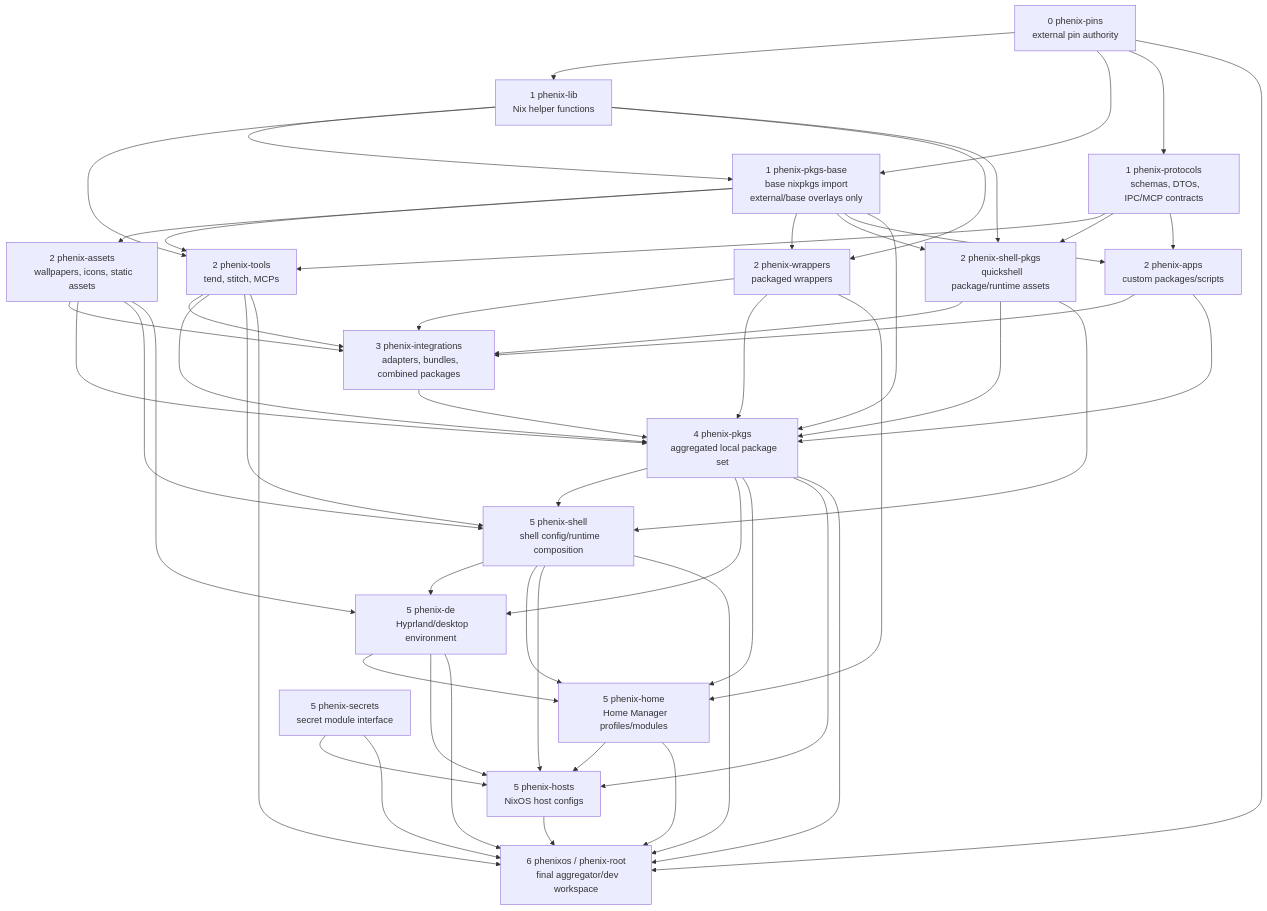
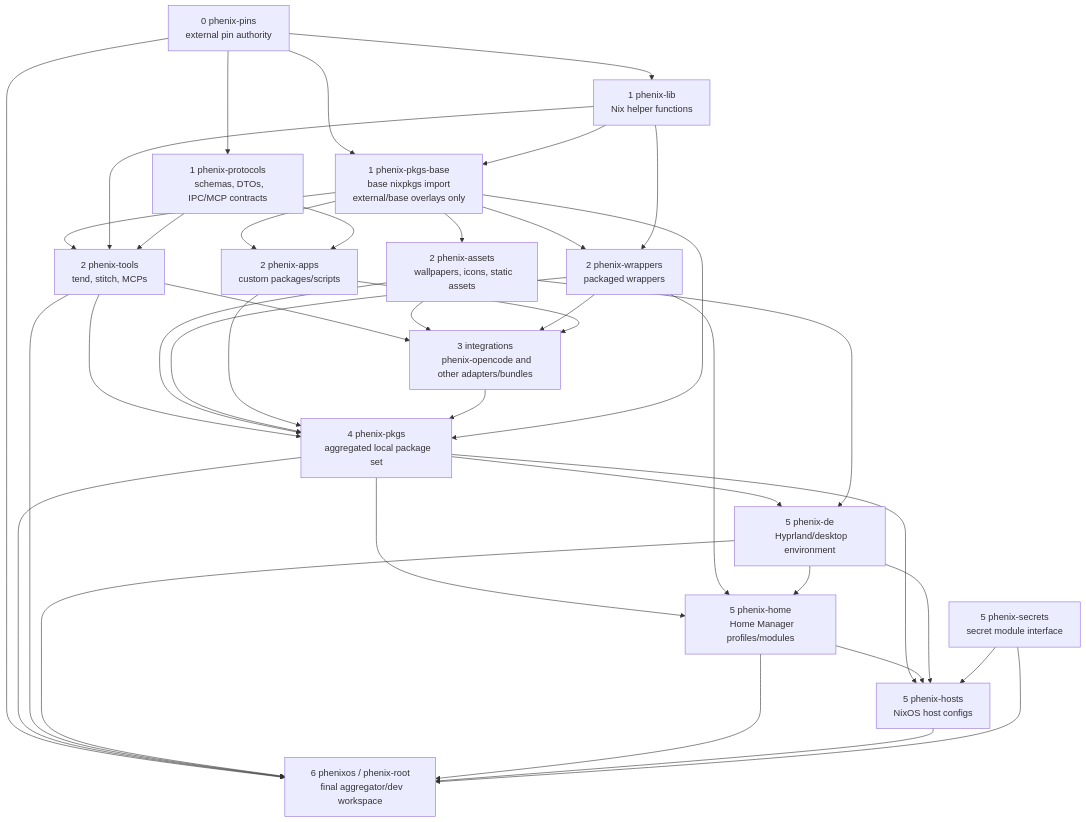
Before and after one commit to matthis-k/phenix: the third of 10 diagrams in docs/architecture/flake-topology.md, drawn with Mermaid. The commit also changed other lines of this file and 12 other files, not shown here.

First line of the commit message:
retire phenix-shell; fix topology/graph/hooks/Tend; add glossary

```diff
--- a/docs/architecture/flake-topology.md
+++ b/docs/architecture/flake-topology.md
@@ -98,20 +98,14 @@
   Wrappers["2 phenix-wrappers
   packaged wrappers"]
 
-  ShellPkgs["2 phenix-shell-pkgs
-  quickshell package/runtime assets"]
-
   Apps["2 phenix-apps
   custom packages/scripts"]
 
-  Integrations["3 phenix-integrations
-  adapters, bundles, combined packages"]
+  Integrations["3 integrations
+  phenix-opencode and other adapters/bundles"]
 
   Pkgs["4 phenix-pkgs
   aggregated local package set"]
-
-  Shell["5 phenix-shell
-  shell config/runtime composition"]
 
   DE["5 phenix-de
   Hyprland/desktop environment"]
@@ -137,55 +131,40 @@
   BasePkgs --> Tools
   BasePkgs --> Assets
   BasePkgs --> Wrappers
-  BasePkgs --> ShellPkgs
   BasePkgs --> Apps
 
   Lib --> Tools
   Lib --> Wrappers
-  Lib --> ShellPkgs
-
   Protocols --> Tools
-  Protocols --> ShellPkgs
   Protocols --> Apps
 
   Tools --> Integrations
   Assets --> Integrations
   Wrappers --> Integrations
-  ShellPkgs --> Integrations
   Apps --> Integrations
 
   Tools --> Pkgs
   Assets --> Pkgs
   Wrappers --> Pkgs
-  ShellPkgs --> Pkgs
   Apps --> Pkgs
   Integrations --> Pkgs
   BasePkgs --> Pkgs
 
-  Pkgs --> Shell
-  Tools --> Shell
-  ShellPkgs --> Shell
-  Assets --> Shell
-
   Pkgs --> DE
-  Shell --> DE
   Assets --> DE
 
   Pkgs --> Home
   Wrappers --> Home
-  Shell --> Home
   DE --> Home
 
   Pkgs --> Hosts
   Home --> Hosts
   DE --> Hosts
-  Shell --> Hosts
   Secrets --> Hosts
 
   Pins --> Root
   Pkgs --> Root
   Tools --> Root
-  Shell --> Root
   DE --> Root
   Home --> Root
   Hosts --> Root
```
